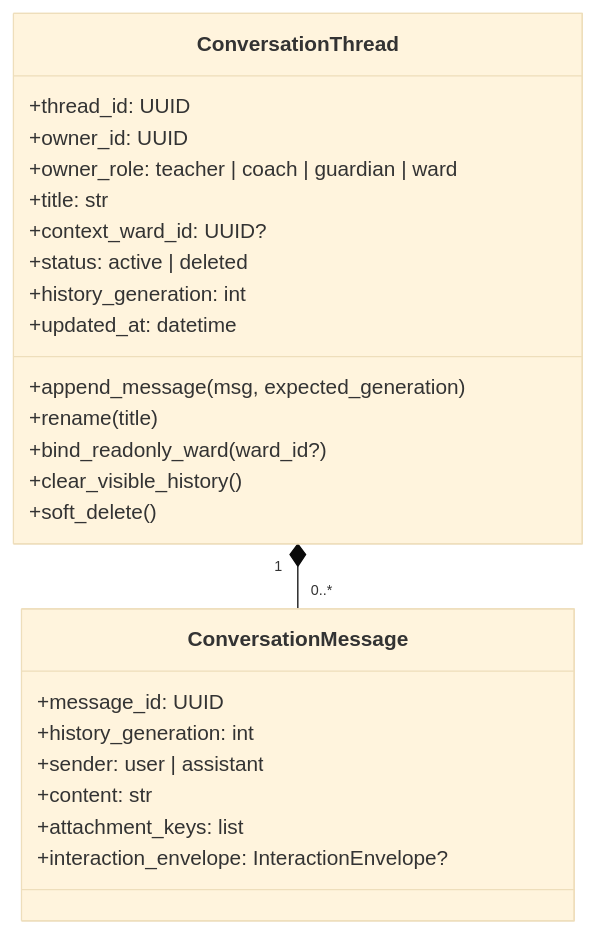
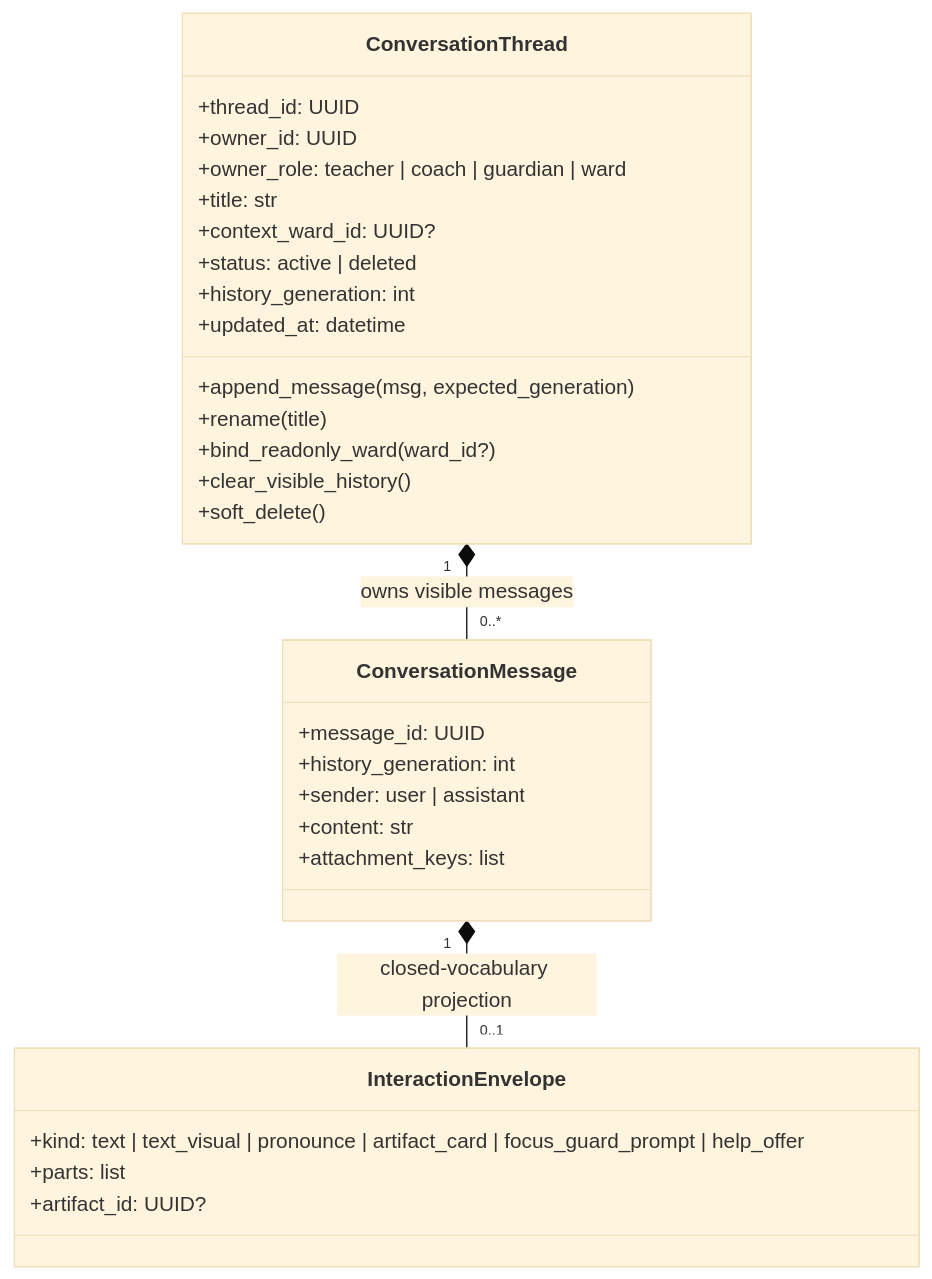
The first of 4 diagrams in docs/technical/domain-conversation.md (johanchow/duxue), drawn with Mermaid (base theme) before and after one commit. The commit also changed other lines of this file and 1 other file, not shown here.

Commit message:
docs(technical): 按 DDD 规范补齐 ArtifactWorkspace 与 Conversation 完整时序图、Command Cards、Query DTO 与基础设施契约

````diff
--- a/docs/technical/domain-conversation.md
+++ b/docs/technical/domain-conversation.md
@@ -70,27 +73,32 @@
 ```mermaid
 classDiagram
     class ConversationThread {
         +thread_id: UUID
         +owner_id: UUID
         +owner_role: teacher | coach | guardian | ward
         +title: str
         +context_ward_id: UUID?
         +status: active | deleted
         +history_generation: int
         +updated_at: datetime
         +append_message(msg, expected_generation)
         +rename(title)
         +bind_readonly_ward(ward_id?)
         +clear_visible_history()
         +soft_delete()
     }
     class ConversationMessage {
         +message_id: UUID
         +history_generation: int
         +sender: user | assistant
         +content: str
         +attachment_keys: list
-        +interaction_envelope: InteractionEnvelope?
     }
-    ConversationThread "1" *-- "0..*" ConversationMessage
+    class InteractionEnvelope {
+        +kind: text | text_visual | pronounce | artifact_card | focus_guard_prompt | help_offer
+        +parts: list
+        +artifact_id: UUID?
+    }
+    ConversationThread "1" *-- "0..*" ConversationMessage : owns visible messages
+    ConversationMessage "1" *-- "0..1" InteractionEnvelope : closed-vocabulary projection
 ```
````
